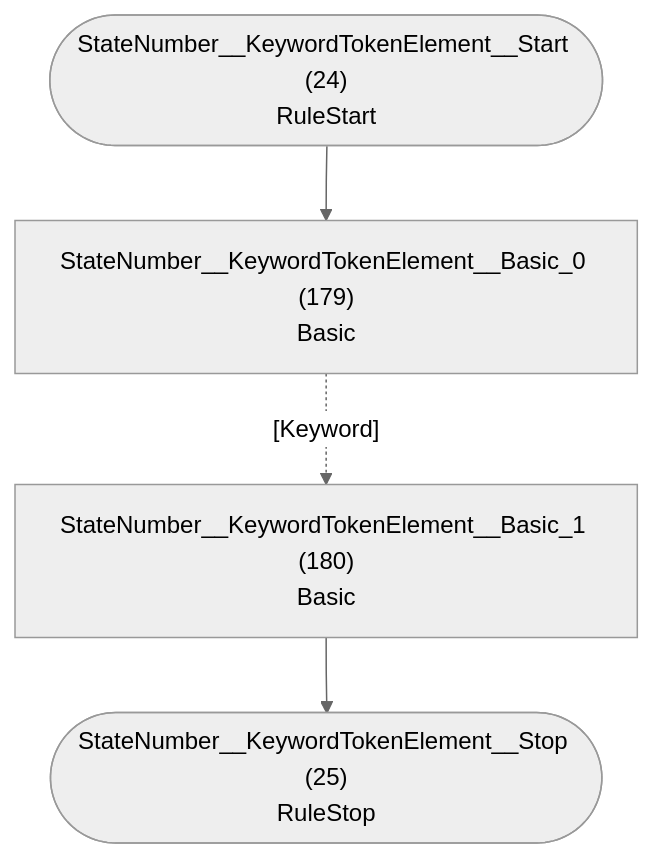
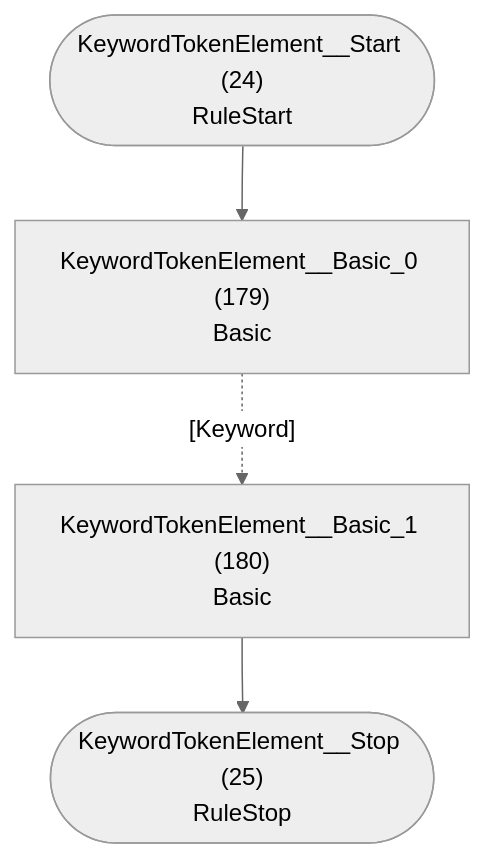
One commit to TypeFox/fastbelt changed diagram 13 of 37 in internal/grammar/atn.md. Above: the diagram before and after it, drawn with Mermaid (neutral theme). The commit also changed other lines of this file and 26 other files, not shown here.

````diff
--- a/internal/grammar/atn.md
+++ b/internal/grammar/atn.md
@@ -357,11 +357,11 @@
 ```mermaid
 flowchart TD
-    q24(["StateNumber__KeywordTokenElement__Start (24)<br/>RuleStart"])
-    q25(["StateNumber__KeywordTokenElement__Stop (25)<br/>RuleStop"])
-    q179["StateNumber__KeywordTokenElement__Basic_0 (179)<br/>Basic<br/>"]
-    q180["StateNumber__KeywordTokenElement__Basic_1 (180)<br/>Basic<br/>"]
+    q24(["KeywordTokenElement__Start (24)<br/>RuleStart"])
+    q25(["KeywordTokenElement__Stop (25)<br/>RuleStop"])
+    q179["KeywordTokenElement__Basic_0 (179)<br/>Basic<br/>"]
+    q180["KeywordTokenElement__Basic_1 (180)<br/>Basic<br/>"]
 
     q24 --> q179
     q179 -.->|"[Keyword]"| q180
     q180 --> q25
 ```
````
